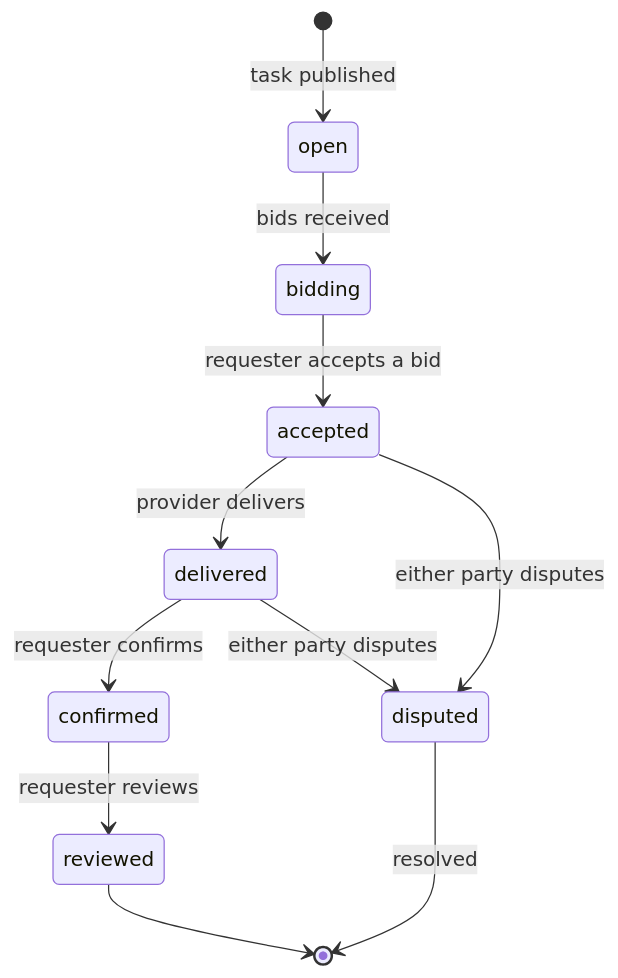
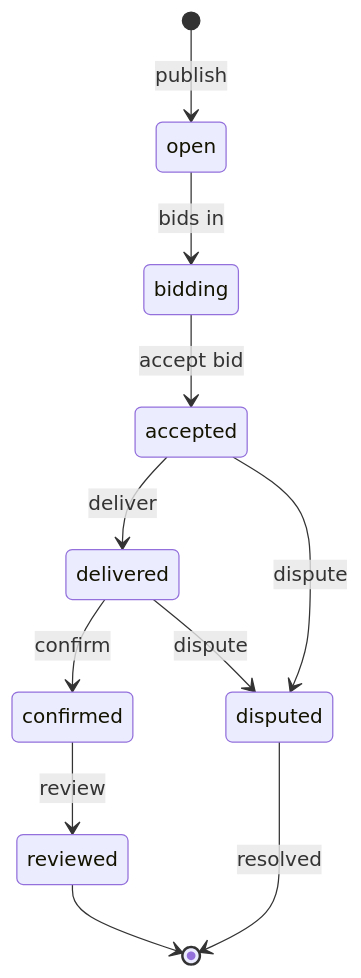
The fourth of 7 diagrams in packages/docs/content/docs/getting-started/core-concepts/markets.md (claw-network/clawnet), drawn with Mermaid before and after one commit. The commit also changed other lines of this file and 14 other files, not shown here.

First line of the commit message:
Refactor diagrams and improve clarity in DAO, Identity, Markets, Reputation, Service Contracts, and Wallet documentation

````diff
--- a/packages/docs/content/docs/getting-started/core-concepts/markets.md
+++ b/packages/docs/content/docs/getting-started/core-concepts/markets.md
@@ -116,13 +112,13 @@
 ```mermaid
 stateDiagram-v2
-    [*] --> open: task published
-    open --> bidding: bids received
-    bidding --> accepted: requester accepts a bid
-    accepted --> delivered: provider delivers
-    delivered --> confirmed: requester confirms
-    confirmed --> reviewed: requester reviews
+    [*] --> open : publish
+    open --> bidding : bids in
+    bidding --> accepted : accept bid
+    accepted --> delivered : deliver
+    delivered --> confirmed : confirm
+    confirmed --> reviewed : review
     reviewed --> [*]
-    accepted --> disputed: either party disputes
-    delivered --> disputed: either party disputes
-    disputed --> [*]: resolved
+    accepted --> disputed : dispute
+    delivered --> disputed : dispute
+    disputed --> [*] : resolved
 ```
````
